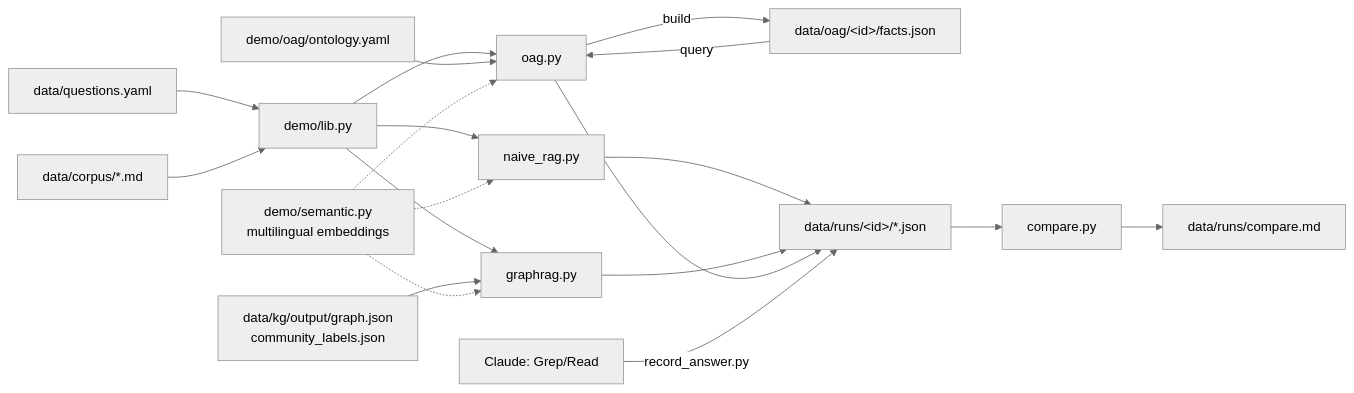
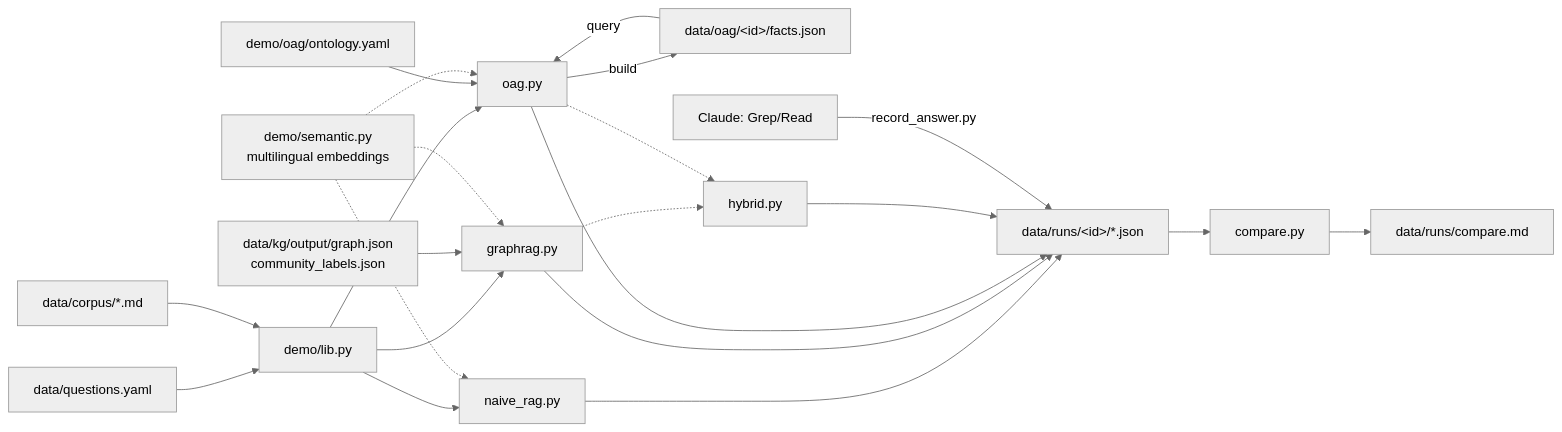
One commit to olonok69/oag_vs_kg_ml_engineer changed the diagram in docs/TECHNICAL_GUIDE.md. Above: the diagram before and after it, drawn with Mermaid (neutral theme). The commit also changed other lines of this file and 24 other files, not shown here.

Commit message:
Add a GraphRAG + OAG hybrid to the demo

````diff
--- a/docs/TECHNICAL_GUIDE.md
+++ b/docs/TECHNICAL_GUIDE.md
@@ -14,20 +14,23 @@
 ```mermaid
 flowchart LR
     Q[data/questions.yaml] --> L[demo/lib.py]
     C[data/corpus/*.md] --> L
     L --> N[naive_rag.py]
     L --> G[graphrag.py]
     L --> O[oag.py]
     K[data/kg/output/graph.json<br/>community_labels.json] --> G
     ON[demo/oag/ontology.yaml] --> O
     S[demo/semantic.py<br/>multilingual embeddings] -.-> N
     S -.-> G
     S -.-> O
     O -- build --> F[data/oag/&lt;id&gt;/facts.json]
     F -- query --> O
     N --> R[data/runs/&lt;id&gt;/*.json]
     G --> R
     O --> R
+    G -.-> H[hybrid.py]
+    O -.-> H
+    H --> R
     A[Claude: Grep/Read] -- record_answer.py --> R
     R --> CMP[compare.py] --> MD[data/runs/compare.md]
 ```
````
